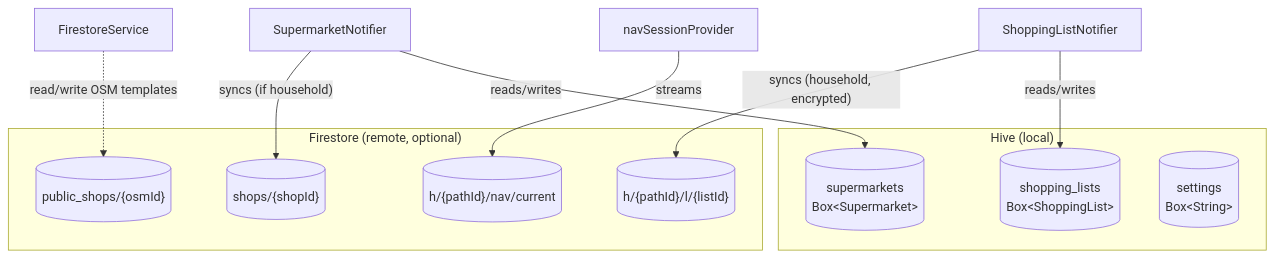
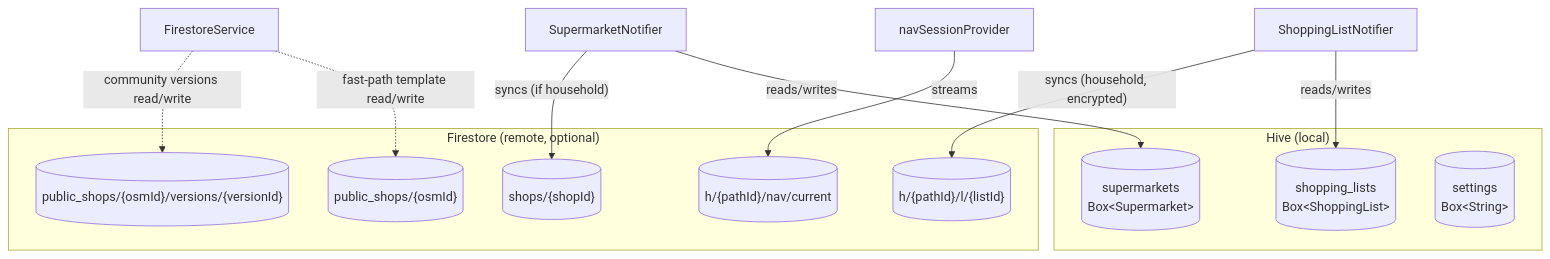
The diagram in docs/architecture/persistence.md (danile42/fairelescourses), drawn with Mermaid before and after one commit. The commit also changed other lines of this file and 5 other files, not shown here.

````diff
--- a/docs/architecture/persistence.md
+++ b/docs/architecture/persistence.md
@@ -7,22 +7,24 @@
 ```mermaid
 flowchart TB
     subgraph Hive["Hive (local)"]
         HiveShops[("supermarkets\nBox&lt;Supermarket&gt;")]
         HiveLists[("shopping_lists\nBox&lt;ShoppingList&gt;")]
         HiveSettings[("settings\nBox&lt;String&gt;")]
     end
 
     subgraph Firestore["Firestore (remote, optional)"]
         FSShops[("shops/{shopId}")]
         FSPublic[("public_shops/{osmId}")]
+        FSVersions[("public_shops/{osmId}/versions/{versionId}")]
         FSLists[("h/{pathId}/l/{listId}")]
         FSNav[("h/{pathId}/nav/current")]
     end
 
     SupermarketNotifier -->|"reads/writes"| HiveShops
     SupermarketNotifier -->|"syncs (if household)"| FSShops
     ShoppingListNotifier -->|"reads/writes"| HiveLists
     ShoppingListNotifier -->|"syncs (household, encrypted)"| FSLists
     navSessionProvider -->|"streams"| FSNav
-    FirestoreService -.->|"read/write OSM templates"| FSPublic
+    FirestoreService -.->|"fast-path template read/write"| FSPublic
+    FirestoreService -.->|"community versions read/write"| FSVersions
 ```
````
